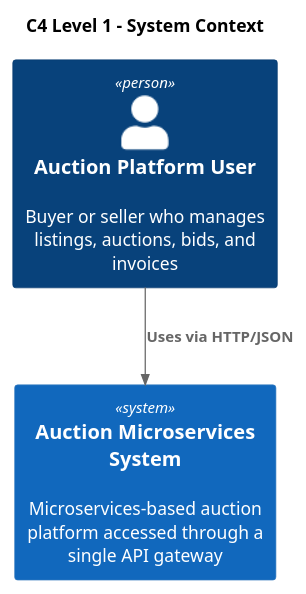
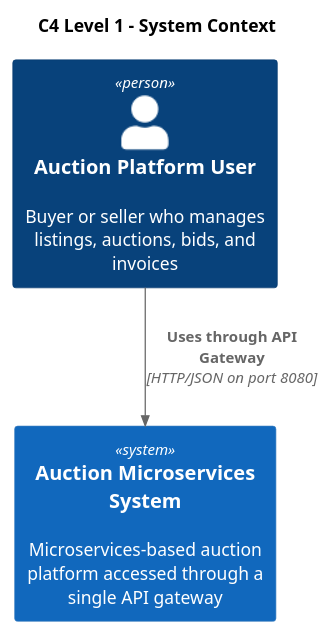
The diagram in diagrams/C4_Level1_context.puml (Noah-tdf/AuctionMicroservice), drawn with PlantUML before and after one commit. The commit also changed 357 other files, not shown here.

```diff
--- a/diagrams/C4_Level1_context.puml
+++ b/diagrams/C4_Level1_context.puml
@@ -1,14 +1,14 @@
 @startuml
 !include https://raw.githubusercontent.com/plantuml-stdlib/C4-PlantUML/master/C4_Context.puml
 
 LAYOUT_TOP_DOWN()
 
 title C4 Level 1 - System Context
 
 Person(user, "Auction Platform User", "Buyer or seller who manages listings, auctions, bids, and invoices")
 
 System(auctionSystem, "Auction Microservices System", "Microservices-based auction platform accessed through a single API gateway")
 
-Rel(user, auctionSystem, "Uses via HTTP/JSON")
+Rel(user, auctionSystem, "Uses through API Gateway", "HTTP/JSON on port 8080")
 
 @enduml
```
